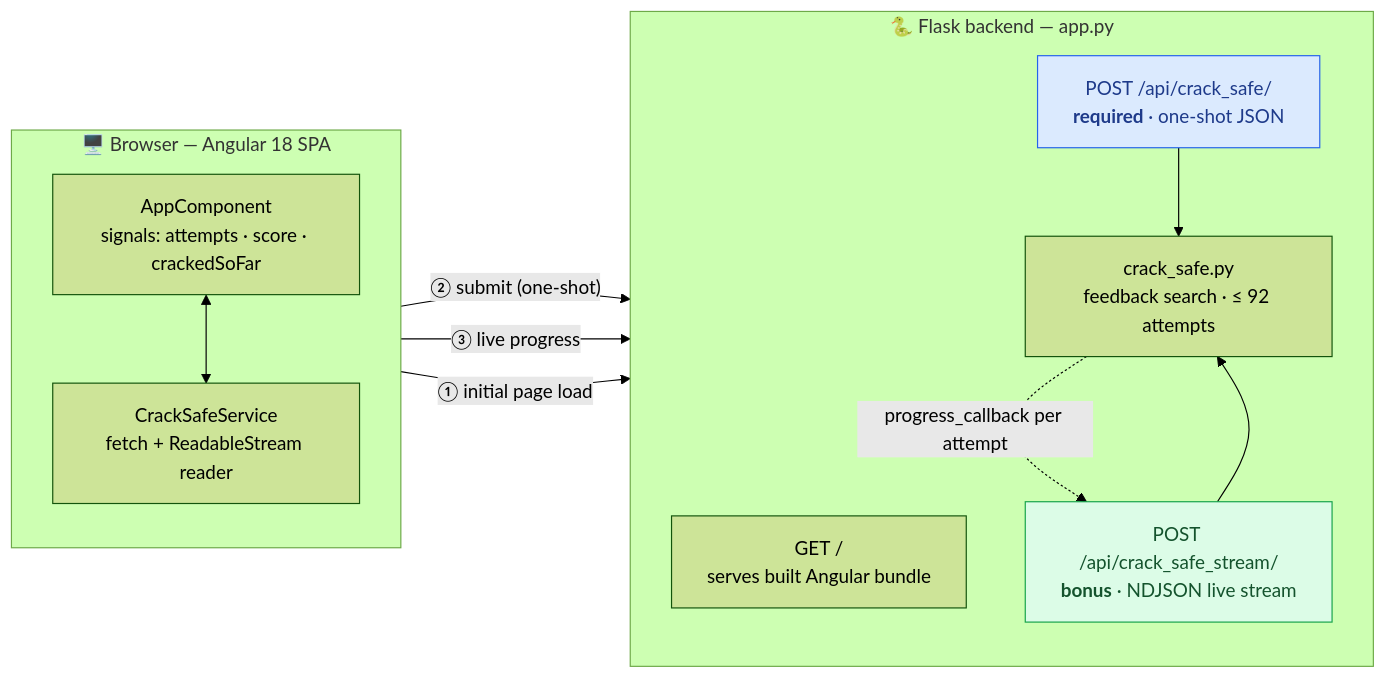
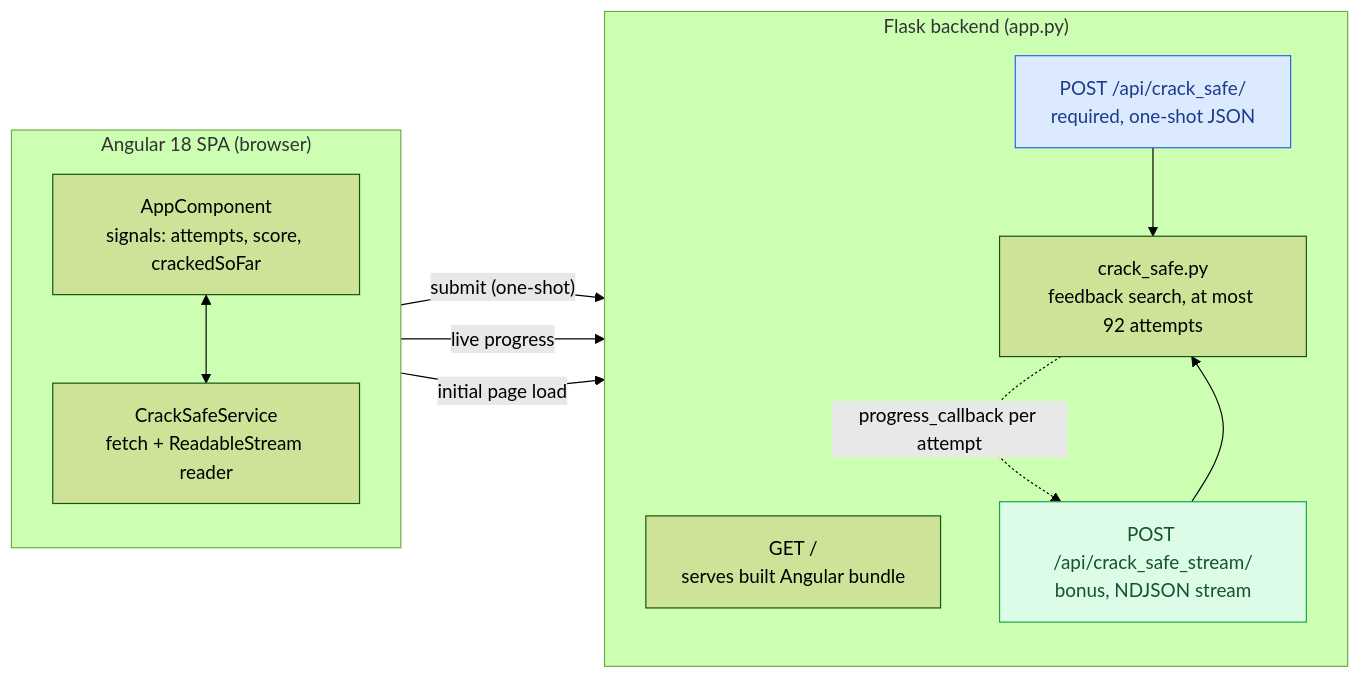
Before and after one commit to js3888-shunshun/crack-safe: the first of 2 diagrams in README.md, drawn with Mermaid (forest theme). The commit also changed other lines of this file, not shown here.

````diff
--- a/README.md
+++ b/README.md
@@ -37,29 +41,29 @@
 ```mermaid
 flowchart LR
-    subgraph B["🖥️  Browser — Angular 18 SPA"]
+    subgraph B["Angular 18 SPA (browser)"]
         direction TB
-        UI["AppComponent<br/>signals: attempts · score · crackedSoFar"]
+        UI["AppComponent<br/>signals: attempts, score, crackedSoFar"]
         SVC["CrackSafeService<br/>fetch + ReadableStream reader"]
         UI <--> SVC
     end
 
-    subgraph F["🐍  Flask backend — app.py"]
+    subgraph F["Flask backend (app.py)"]
         direction TB
         ST["GET /<br/>serves built Angular bundle"]
-        R1["POST /api/crack_safe/<br/><b>required</b> · one-shot JSON"]
-        R2["POST /api/crack_safe_stream/<br/><b>bonus</b> · NDJSON live stream"]
-        CORE["crack_safe.py<br/>feedback search · ≤ 92 attempts"]
+        R1["POST /api/crack_safe/<br/>required, one-shot JSON"]
+        R2["POST /api/crack_safe_stream/<br/>bonus, NDJSON stream"]
+        CORE["crack_safe.py<br/>feedback search, at most 92 attempts"]
     end
 
-    B -- "① initial page load" --> ST
-    SVC -- "② submit (one-shot)" --> R1
-    SVC -- "③ live progress" --> R2
+    B -- "initial page load" --> ST
+    SVC -- "submit (one-shot)" --> R1
+    SVC -- "live progress" --> R2
     R1 --> CORE
     R2 --> CORE
     CORE -. "progress_callback per attempt" .-> R2
 
     classDef req fill:#dbeafe,stroke:#2563eb,color:#1e3a8a;
     classDef bonus fill:#dcfce7,stroke:#16a34a,color:#14532d;
     class R1 req;
     class R2 bonus;
 ```
````
